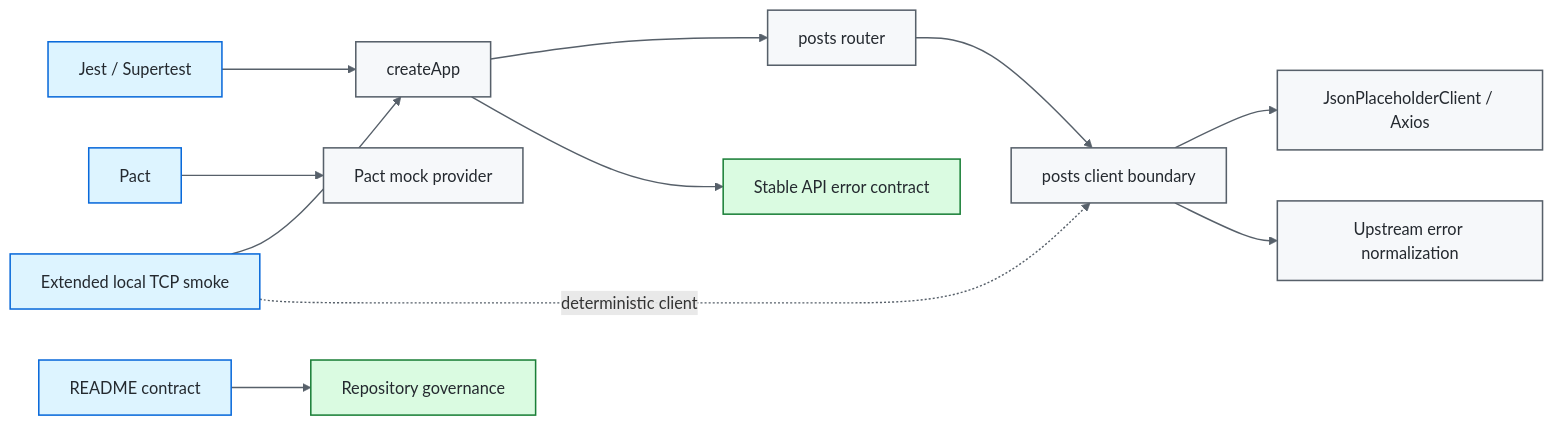
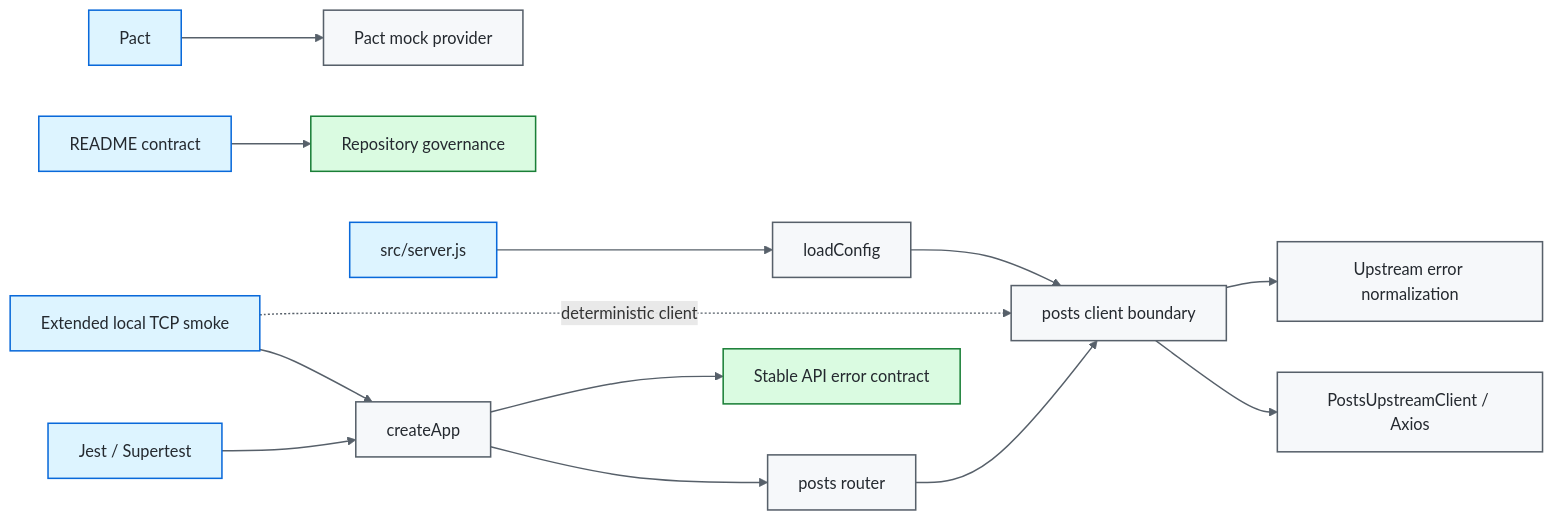
One commit to portyu9/qa-automation-node-supertest changed the first of 3 diagrams in README.md. Above: the diagram before and after it, drawn with Mermaid. The commit also changed other lines of this file, not shown here.

Commit message:
Document explicit fail-closed upstream ownership

````diff
--- a/README.md
+++ b/README.md
@@ -36,21 +36,23 @@
 ```mermaid
 flowchart LR
     TEST[Jest / Supertest] --> APP[createApp]
     APP --> ROUTE[posts router]
     ROUTE --> PORT[posts client boundary]
-    PORT --> AXIOS[JsonPlaceholderClient / Axios]
+    PORT --> AXIOS[PostsUpstreamClient / Axios]
     PORT --> ERR[Upstream error normalization]
     CONTRACT[Pact] --> PROVIDER[Pact mock provider]
     LISTENER[Extended local TCP smoke] --> APP
     LISTENER -. deterministic client .-> PORT
+    SERVER[src/server.js] --> CFG[loadConfig]
+    CFG --> PORT
     APP --> ENVELOPE[Stable API error contract]
     DOCS[README contract] --> GOVERN[Repository governance]
 
     classDef entry fill:#ddf4ff,stroke:#0969da,color:#24292f,stroke-width:1.5px;
     classDef core fill:#f6f8fa,stroke:#57606a,color:#24292f,stroke-width:1.5px;
     classDef evidence fill:#dafbe1,stroke:#1a7f37,color:#24292f,stroke-width:1.5px;
-    class TEST,CONTRACT,LISTENER,DOCS entry;
-    class APP,ROUTE,PORT,AXIOS,ERR,PROVIDER core;
+    class TEST,CONTRACT,LISTENER,SERVER,DOCS entry;
+    class APP,ROUTE,PORT,AXIOS,ERR,PROVIDER,CFG core;
     class ENVELOPE,GOVERN evidence;
     linkStyle default stroke:#57606a,stroke-width:1.4px;
 ```
````
